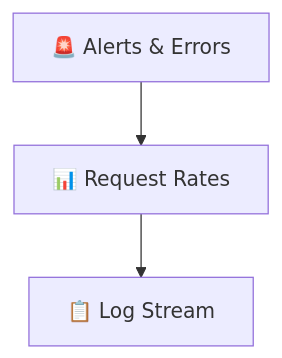
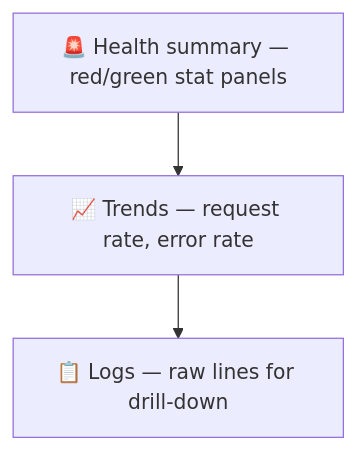
Before and after one commit to inno-devops-labs/DevOps-Core-Course: the ninth of 10 diagrams in lectures/lec7.md, drawn with Mermaid. The commit also changed other lines of this file and 24 other files, not shown here.

````diff
--- a/lectures/lec7.md
+++ b/lectures/lec7.md
@@ -568,6 +486,6 @@
 ```mermaid
 flowchart TD
-  Top[🚨 Alerts & Errors]
-  Top --> Middle[📊 Request Rates]
-  Middle --> Bottom[📋 Log Stream]
+  Top[🚨 Health summary — red/green stat panels]
+  Top --> Mid[📈 Trends — request rate, error rate]
+  Mid --> Bot[📋 Logs — raw lines for drill-down]
 ```
````
